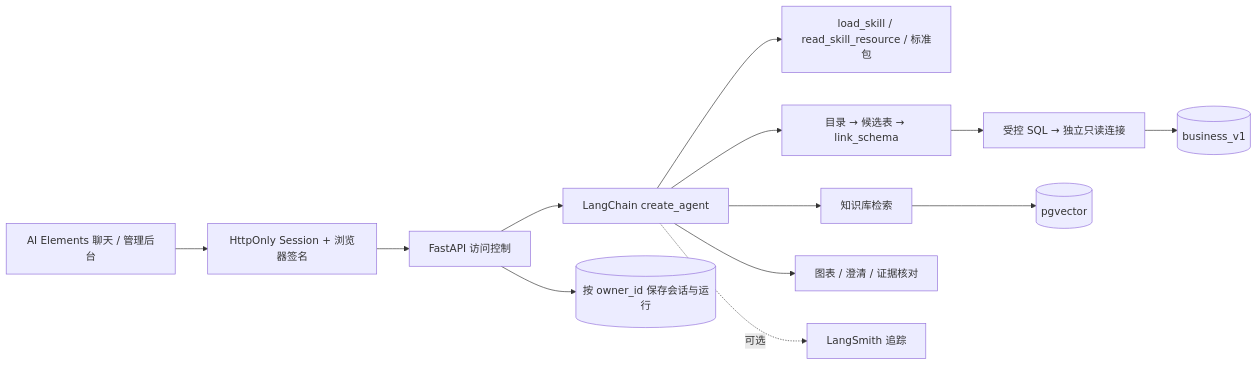
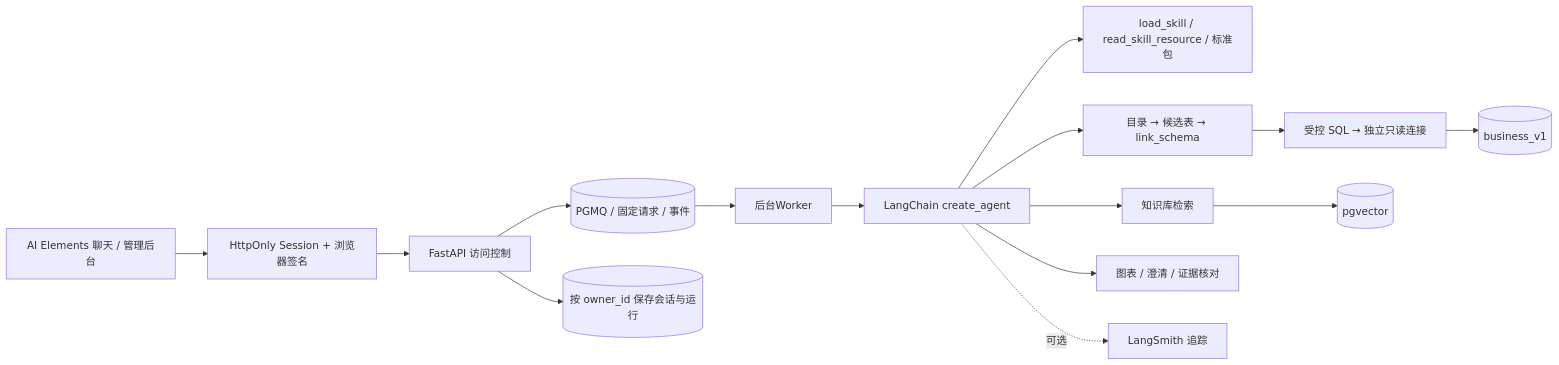
Before and after one commit to heyjianhang/xiaoma-assistant: the diagram in docs/agent-and-access.md, drawn with Mermaid. The commit also changed other lines of this file and 115 other files, not shown here.

````diff
--- a/docs/agent-and-access.md
+++ b/docs/agent-and-access.md
@@ -7,15 +7,17 @@
 ```mermaid
 flowchart LR
     Browser[AI Elements 聊天 / 管理后台] --> Proof[HttpOnly Session + 浏览器签名]
     Proof --> API[FastAPI 访问控制]
-    API --> Agent[LangChain create_agent]
+    API --> Queue[(PGMQ / 固定请求 / 事件)]
+    Queue --> Worker[后台Worker]
+    Worker --> Agent[LangChain create_agent]
     Agent --> Skills[load_skill / read_skill_resource / 标准包]
     Agent --> RAG[知识库检索]
     Agent --> Link[目录 → 候选表 → link_schema]
     Link --> SQL[受控 SQL → 独立只读连接]
     SQL --> Business[(business_v1)]
     RAG --> Vector[(pgvector)]
     Agent --> Views[图表 / 澄清 / 证据核对]
     API --> History[(按 owner_id 保存会话与运行)]
     Agent -. 可选 .-> LangSmith[LangSmith 追踪]
 ```
````
